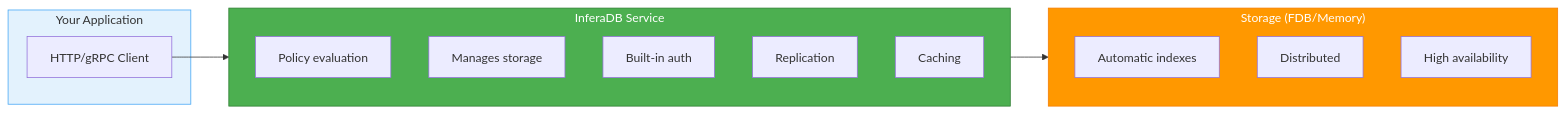
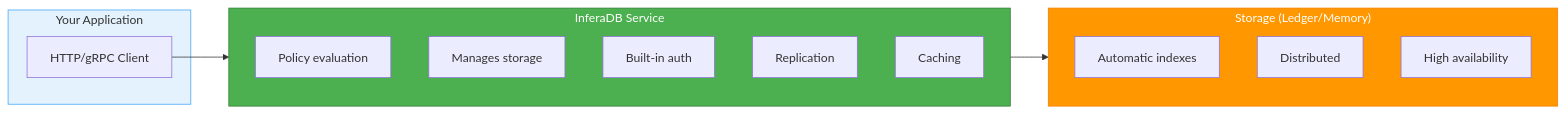
Before and after one commit to inferadb/engine: the second of 2 diagrams in docs/migration/Oso.md, drawn with Mermaid. The commit also changed 85 other files, not shown here.

Commit message:
improve: fdb → ledger

````diff
--- a/docs/migration/Oso.md
+++ b/docs/migration/Oso.md
@@ -660,27 +660,27 @@
 ```mermaid
 flowchart LR
     subgraph App["Your Application"]
         CLIENT["HTTP/gRPC Client"]
     end
 
     subgraph Service["InferaDB Service"]
         EVAL["Policy evaluation"]
         STORAGE["Manages storage"]
         AUTH["Built-in auth"]
         REPL["Replication"]
         CACHE["Caching"]
     end
 
-    subgraph Backend["Storage (FDB/Memory)"]
+    subgraph Backend["Storage (Ledger/Memory)"]
         IDX["Automatic indexes"]
         DIST["Distributed"]
         HA["High availability"]
     end
 
     CLIENT --> Service
     Service --> Backend
 
     style App fill:#E3F2FD,stroke:#42A5F5
     style Service fill:#4CAF50,stroke:#2E7D32,color:#fff
     style Backend fill:#FF9800,stroke:#F57C00,color:#fff
 ```
````
